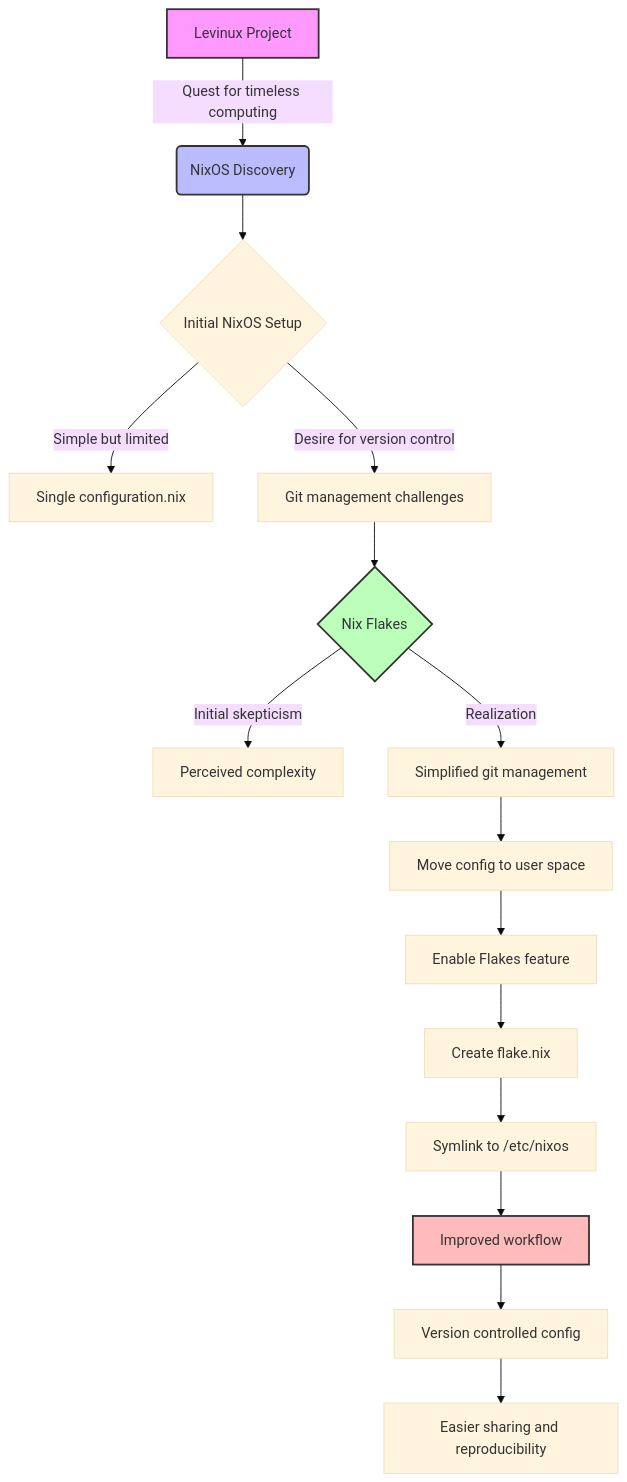
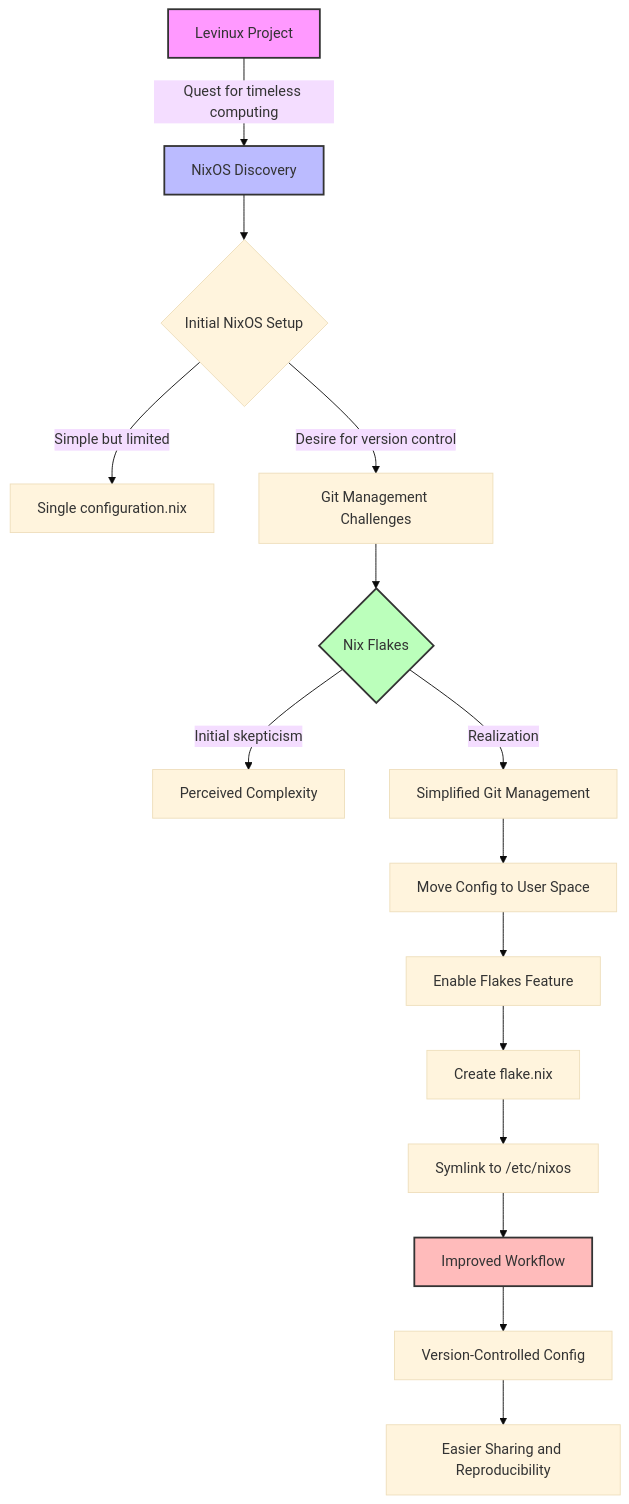
Before and after one commit to miklevin/MikeLev.in: the second of 2 diagrams in _posts/2024-09-12-nix-flakes.md, drawn with Mermaid (base theme). The commit also changed other lines of this file, not shown here.

Commit message:
Added diagrams to nix flakes blog page

```diff
--- a/_posts/2024-09-12-nix-flakes.md
+++ b/_posts/2024-09-12-nix-flakes.md
@@ -114,22 +196,22 @@
 <div class="mermaid">
 graph TD
-    A[Levinux Project] -->|Quest for timeless computing| B(NixOS Discovery)
-    B --> C{Initial NixOS Setup}
-    C -->|Simple but limited| D[Single configuration.nix]
-    C -->|Desire for version control| E[Git management challenges]
-    E --> F{Nix Flakes}
-    F -->|Initial skepticism| G[Perceived complexity]
-    F -->|Realization| H[Simplified git management]
-    H --> I[Move config to user space]
-    I --> J[Enable Flakes feature]
-    J --> K[Create flake.nix]
-    K --> L[Symlink to /etc/nixos]
-    L --> M[Improved workflow]
-    M --> N[Version controlled config]
-    N --> O[Easier sharing and reproducibility]
+    A["Levinux Project"] -->|"Quest for timeless computing"| B["NixOS Discovery"]
+    B --> C{"Initial NixOS Setup"}
+    C -->|"Simple but limited"| D["Single configuration.nix"]
+    C -->|"Desire for version control"| E["Git Management Challenges"]
+    E --> F{"Nix Flakes"}
+    F -->|"Initial skepticism"| G["Perceived Complexity"]
+    F -->|"Realization"| H["Simplified Git Management"]
+    H --> I["Move Config to User Space"]
+    I --> J["Enable Flakes Feature"]
+    J --> K["Create flake.nix"]
+    K --> L["Symlink to /etc/nixos"]
+    L --> M["Improved Workflow"]
+    M --> N["Version-Controlled Config"]
+    N --> O["Easier Sharing and Reproducibility"]
     
     style A fill:#f9f,stroke:#333,stroke-width:2px
     style B fill:#bbf,stroke:#333,stroke-width:2px
     style F fill:#bfb,stroke:#333,stroke-width:2px
     style M fill:#fbb,stroke:#333,stroke-width:2px
 </div>
```
